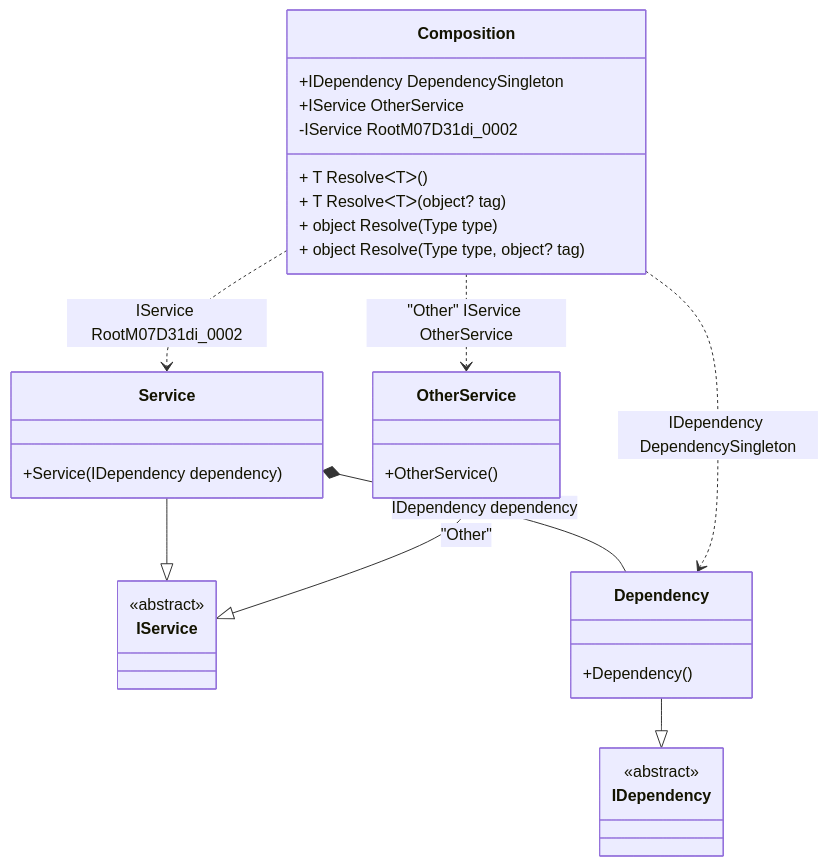
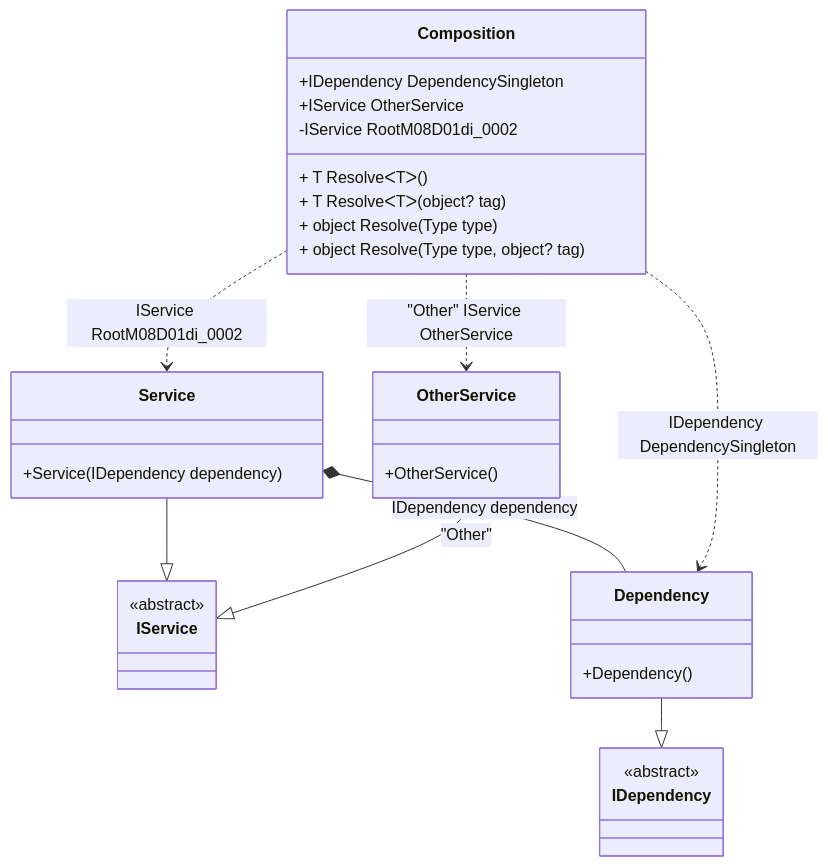
One commit to DevTeam/Pure.DI changed the diagram in readme/resolve-methods.md. Above: the diagram before and after it, drawn with Mermaid. The commit also changed other lines of this file and 55 other files, not shown here.

````diff
--- a/readme/resolve-methods.md
+++ b/readme/resolve-methods.md
@@ -47,34 +47,34 @@
 ```mermaid
 classDiagram
   class Composition {
     +IDependency DependencySingleton
     +IService OtherService
-    -IService RootM07D31di_0002
+    -IService RootM08D01di_0002
     + T ResolveᐸTᐳ()
     + T ResolveᐸTᐳ(object? tag)
     + object Resolve(Type type)
     + object Resolve(Type type, object? tag)
   }
   Service --|> IService : 
   class Service {
     +Service(IDependency dependency)
   }
   Dependency --|> IDependency : 
   class Dependency {
     +Dependency()
   }
   OtherService --|> IService : "Other" 
   class OtherService {
     +OtherService()
   }
   class IService {
     <<abstract>>
   }
   class IDependency {
     <<abstract>>
   }
   Service *--  Dependency : IDependency dependency
   Composition ..> Dependency : IDependency DependencySingleton
-  Composition ..> Service : IService RootM07D31di_0002
+  Composition ..> Service : IService RootM08D01di_0002
   Composition ..> OtherService : "Other" IService OtherService
 ```
````
